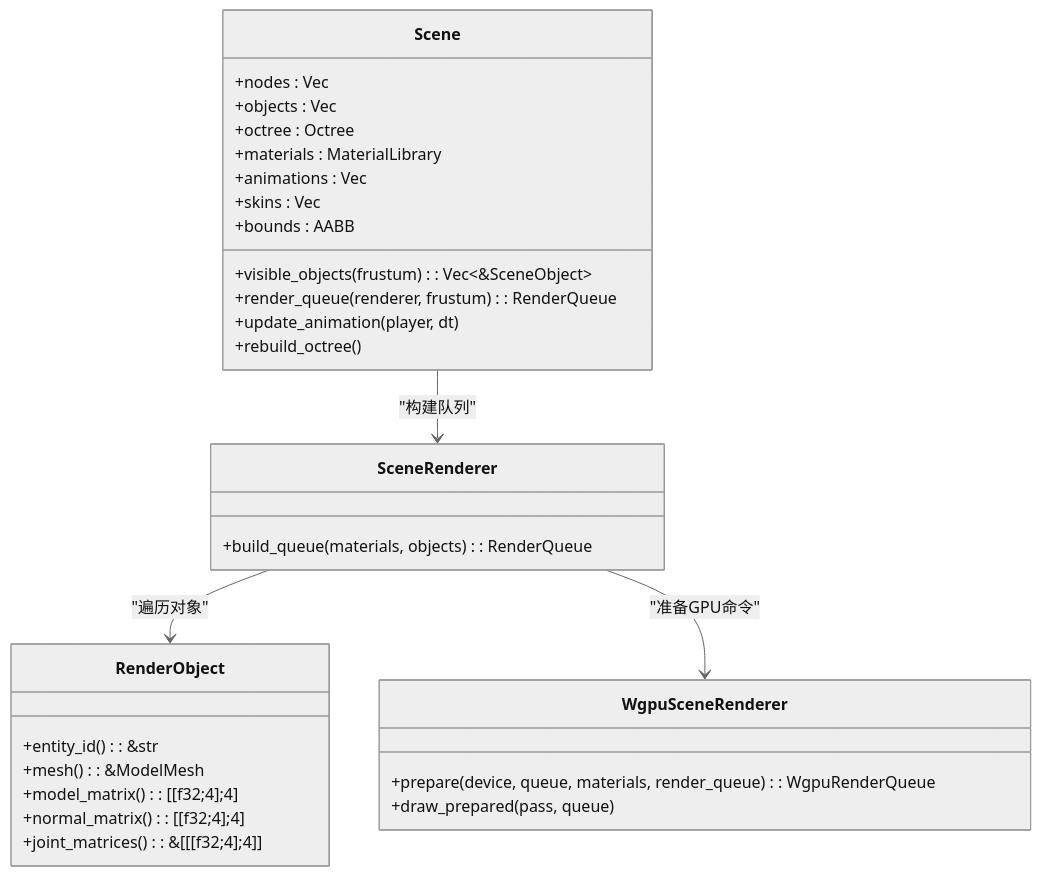
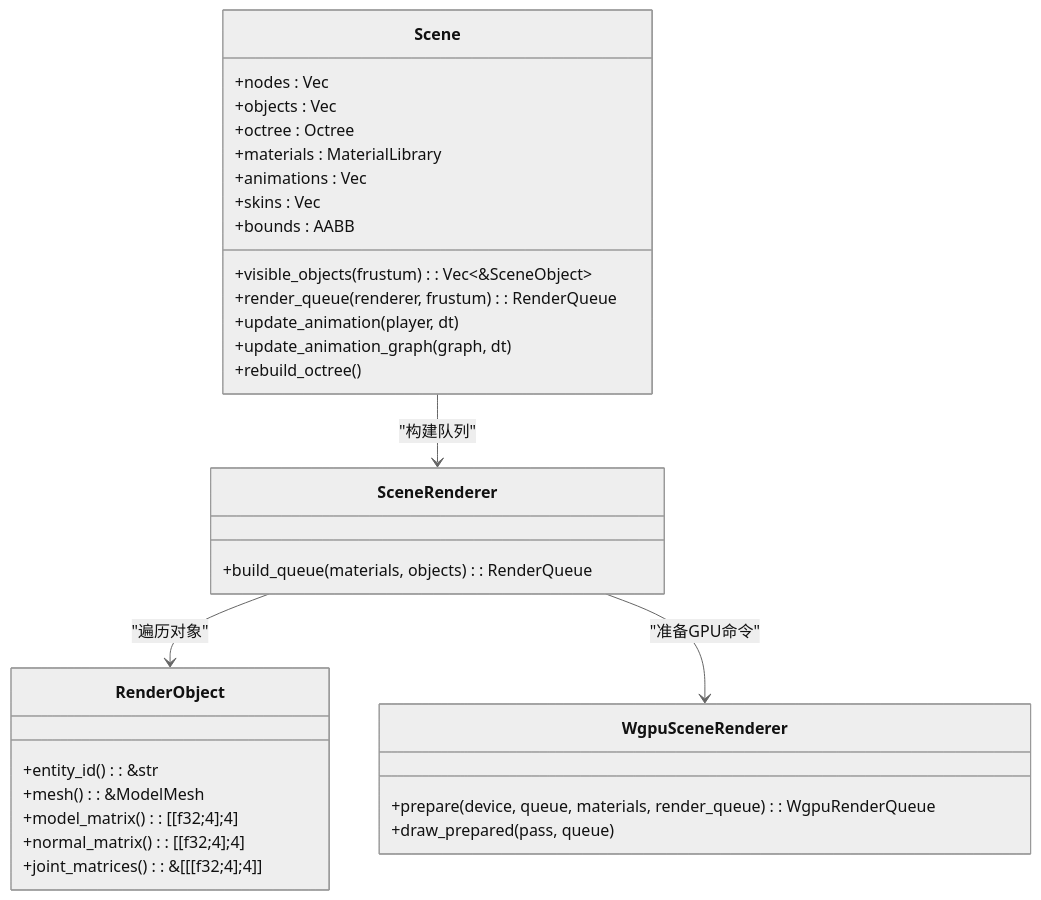
One commit to qianqians/geese changed the third of 6 diagrams in .qoder/repowiki/zh/content/扩展开发.md. Above: the diagram before and after it, drawn with Mermaid (neutral theme). The commit also changed other lines of this file and 1 other file, not shown here.

First line of the commit message:
docs(animation): 更新动画系统文档，新增基于状态机的动画图介绍

````diff
--- a/.qoder/repowiki/zh/content/扩展开发.md
+++ b/.qoder/repowiki/zh/content/扩展开发.md
@@ -156,33 +167,34 @@
 ```mermaid
 classDiagram
 class Scene {
 +nodes : Vec<SceneNode>
 +objects : Vec<SceneObject>
 +octree : Octree
 +materials : MaterialLibrary
 +animations : Vec<AnimationClip>
 +skins : Vec<Skin>
 +bounds : AABB
 +visible_objects(frustum) : Vec<&SceneObject>
 +render_queue(renderer, frustum) : RenderQueue
 +update_animation(player, dt)
++update_animation_graph(graph, dt)
 +rebuild_octree()
 }
 class SceneRenderer {
 +build_queue(materials, objects) : RenderQueue
 }
 class WgpuSceneRenderer {
 +prepare(device, queue, materials, render_queue) : WgpuRenderQueue
 +draw_prepared(pass, queue)
 }
 class RenderObject {
 +entity_id() : &str
 +mesh() : &ModelMesh
 +model_matrix() : [[f32;4];4]
 +normal_matrix() : [[f32;4];4]
 +joint_matrices() : &[[[f32;4];4]]
 }
 Scene --> SceneRenderer : "构建队列"
 SceneRenderer --> RenderObject : "遍历对象"
 SceneRenderer --> WgpuSceneRenderer : "准备GPU命令"
 ```
````
